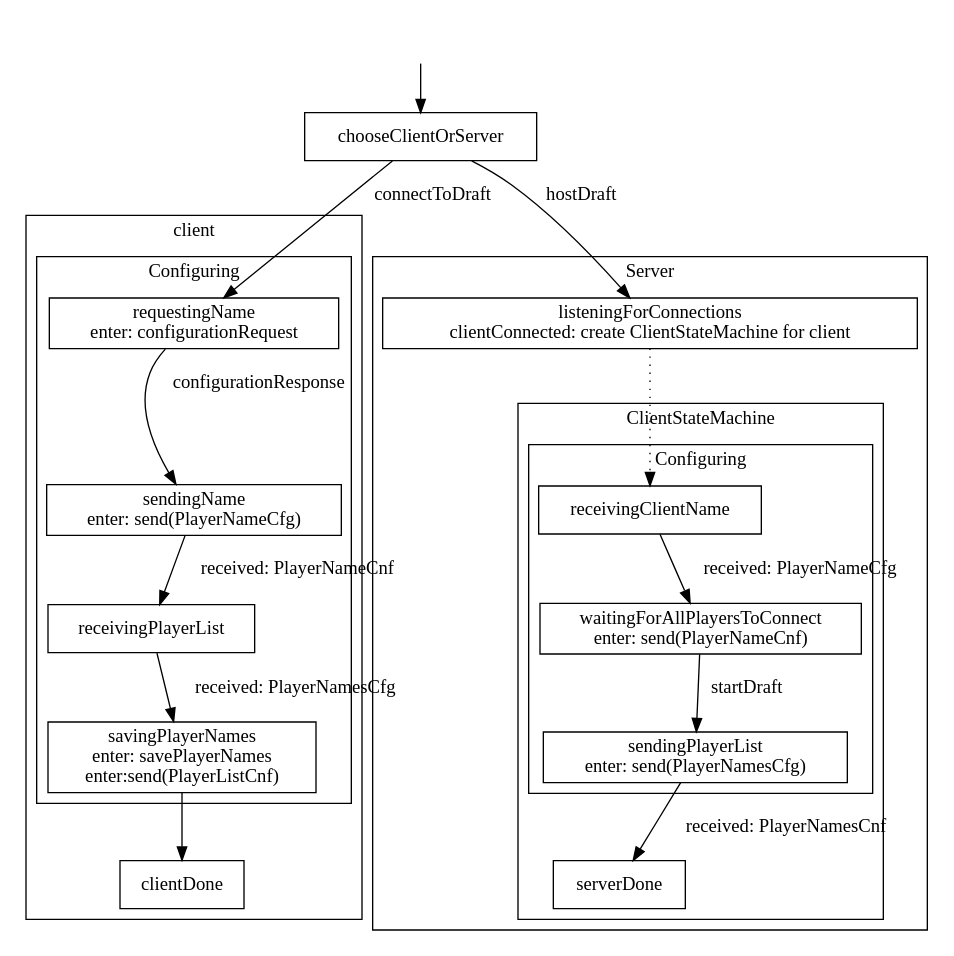
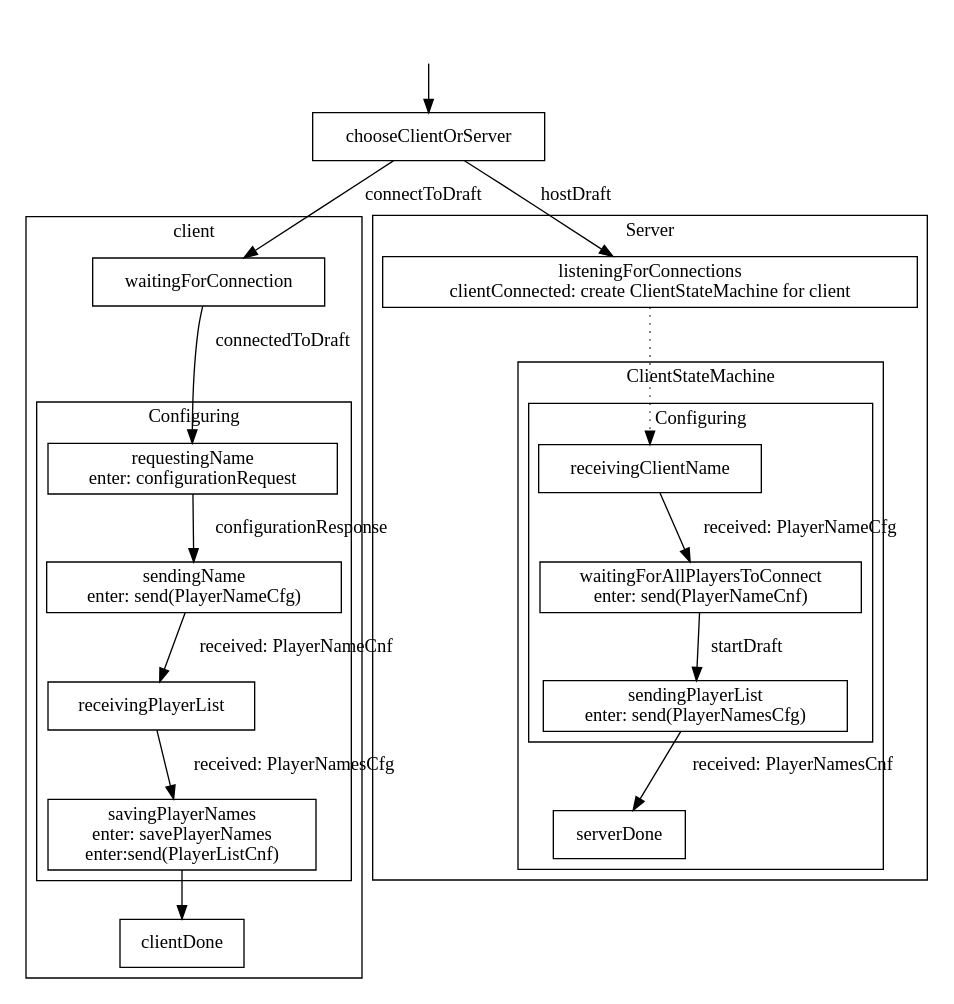
One commit to elchtzeasar/draft changed the diagram in state/graph.dot. Above: the diagram before and after it, drawn with Graphviz.

Commit message:
Added state for client to stay in while waiting for the server.

```diff
--- a/state/graph.dot
+++ b/state/graph.dot
@@ -1,50 +1,51 @@
 digraph G {
   node [shape=box];
 
   subgraph cluster1 {
     label = "client";
 
     subgraph cluster11 {
       label = "Configuring";
 
       requestingName [label = "requestingName\nenter: configurationRequest"];
       sendingName [label = "sendingName\nenter: send(PlayerNameCfg)"]
       savingPlayerNames [label = "savingPlayerNames\nenter: savePlayerNames\nenter:send(PlayerListCnf)"];
 
       requestingName -> sendingName [label = "configurationResponse"];
       sendingName -> receivingPlayerList [label = "received: PlayerNameCnf"];
       receivingPlayerList -> savingPlayerNames [label = "received: PlayerNamesCfg"];
     }
 
+    waitingForConnection -> requestingName [label = "connectedToDraft"];
     savingPlayerNames -> clientDone;
   }
 
   subgraph cluster2 {
     label = "Server";
 
     listeningForConnections [label = "listeningForConnections\nclientConnected: create ClientStateMachine for client"];
 
     subgraph cluster21 {
       label = "ClientStateMachine";
   
       subgraph cluster211 {
         label = "Configuring";
 
 	waitingForAllPlayersToConnect [label = "waitingForAllPlayersToConnect\nenter: send(PlayerNameCnf)"];
 	sendingPlayerList [label = "sendingPlayerList\nenter: send(PlayerNamesCfg)"];
 
 	receivingClientName -> waitingForAllPlayersToConnect [label = "received: PlayerNameCfg"];
 	waitingForAllPlayersToConnect -> sendingPlayerList [label = "startDraft"];
       }
 
       sendingPlayerList -> serverDone [label = "received: PlayerNamesCnf"];
     } 
 
     listeningForConnections -> receivingClientName [style=dotted];
   }
 
   null [shape = plaintext label=""];
   null -> chooseClientOrServer;
-  chooseClientOrServer -> requestingName [label = "connectToDraft"];
+  chooseClientOrServer -> waitingForConnection [label = "connectToDraft"];
   chooseClientOrServer -> listeningForConnections [label = "hostDraft"];
 }
```
